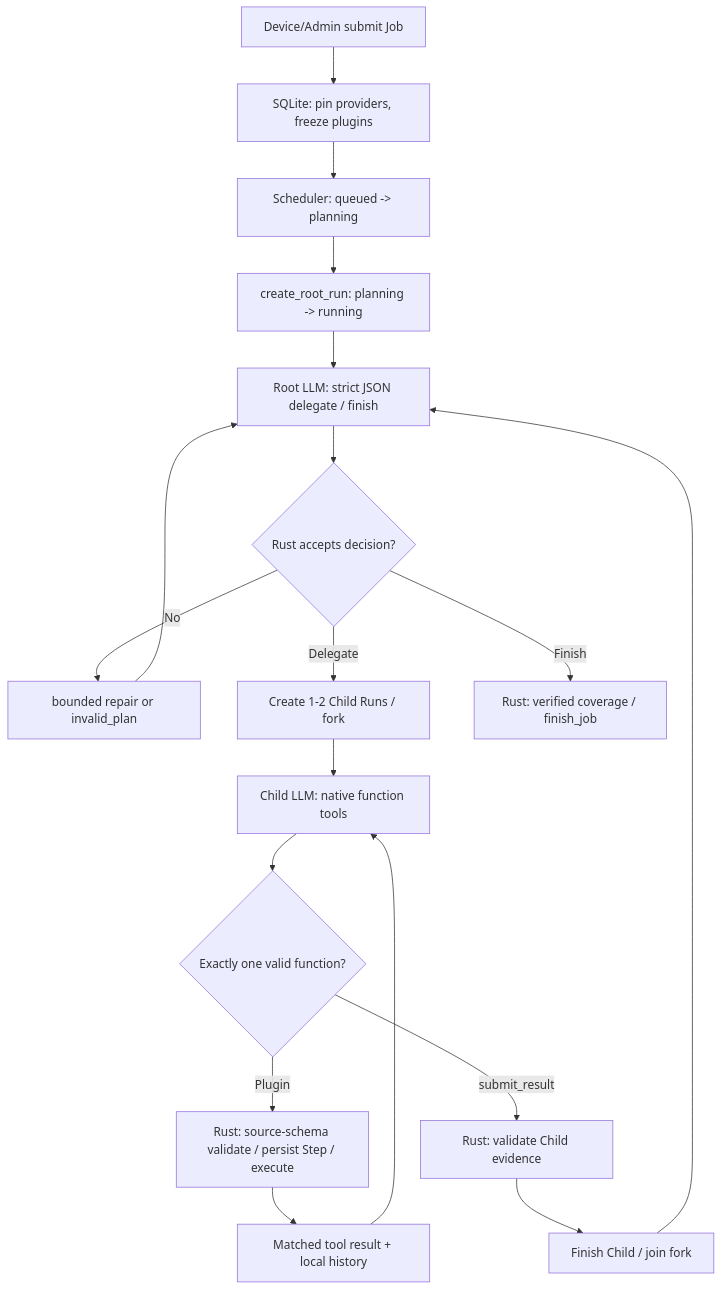
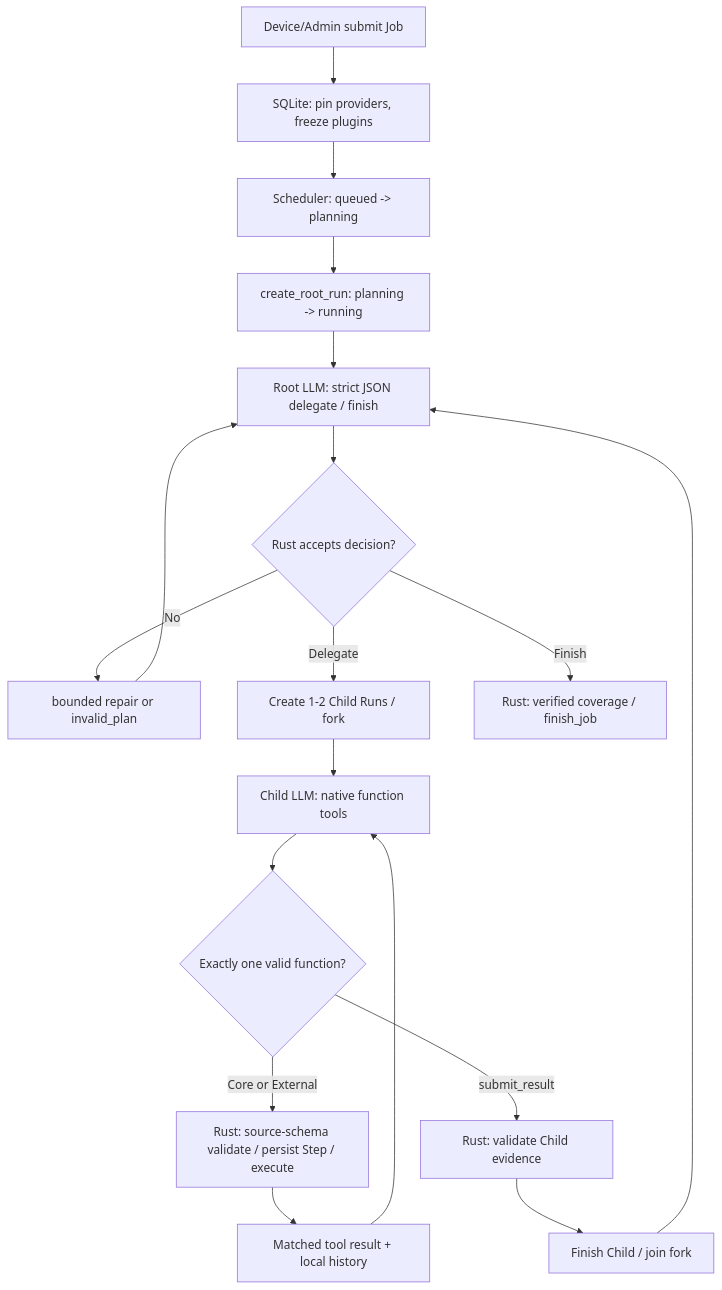
Before and after one commit to hailp-vn38/ai-agent-voice: the first of 5 diagrams in docs/flows/08-agent-job-hybrid.md, drawn with Mermaid. The commit also changed other lines of this file, not shown here.

Commit message:
docs(flow): show Core and External execution under one Agent Job timeline

````diff
--- a/docs/flows/08-agent-job-hybrid.md
+++ b/docs/flows/08-agent-job-hybrid.md
@@ -7,20 +7,20 @@
 ```mermaid
 flowchart TD
     A["Device/Admin submit Job"] --> B["SQLite: pin providers, freeze plugins"]
     B --> C["Scheduler: queued -> planning"]
     C --> D["create_root_run: planning -> running"]
     D --> E["Root LLM: strict JSON delegate / finish"]
     E --> F{"Rust accepts decision?"}
     F -->|No| G["bounded repair or invalid_plan"]
     G --> E
     F -->|Delegate| H["Create 1-2 Child Runs / fork"]
     H --> I["Child LLM: native function tools"]
     I --> J{"Exactly one valid function?"}
-    J -->|Plugin| K["Rust: source-schema validate / persist Step / execute"]
+    J -->|Core or External| K["Rust: source-schema validate / persist Step / execute"]
     K --> L["Matched tool result + local history"]
     L --> I
     J -->|submit_result| M["Rust: validate Child evidence"]
     M --> N["Finish Child / join fork"]
     N --> E
     F -->|Finish| O["Rust: verified coverage / finish_job"]
 ```
````
